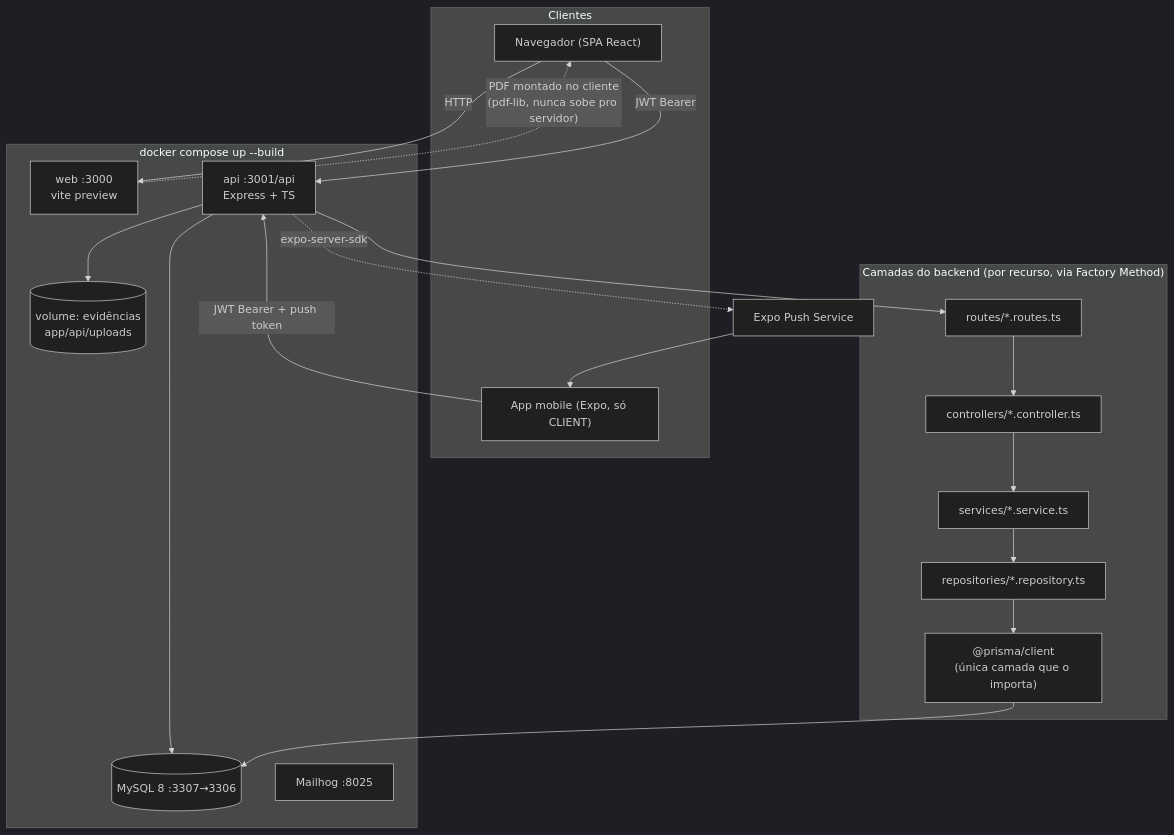
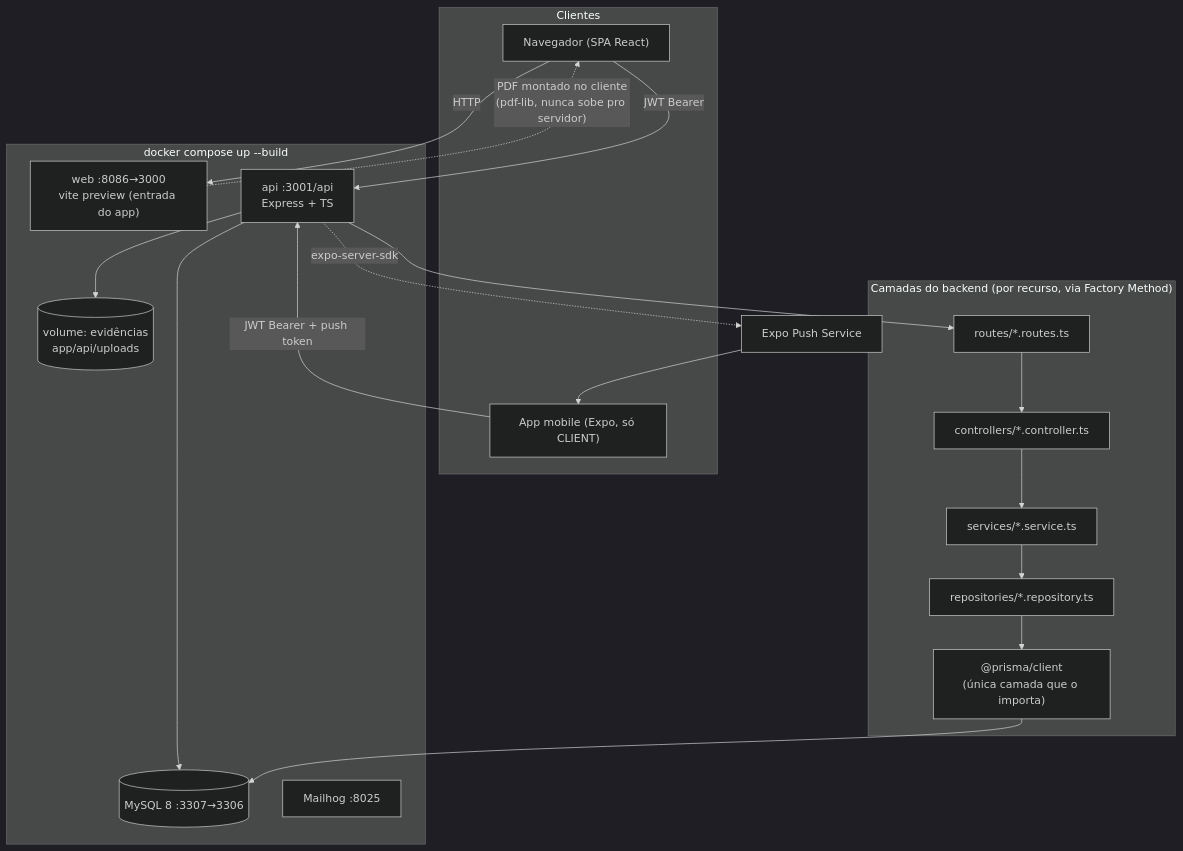
Before and after one commit to guimunizzz/Vulnera-TCC: the diagram in README.md, drawn with Mermaid (dark theme). The commit also changed other lines of this file and 52 other files, not shown here.

````diff
--- a/README.md
+++ b/README.md
@@ -98,35 +102,35 @@
 ```mermaid
 flowchart TB
     subgraph Clientes
         Browser["Navegador (SPA React)"]
         Mobile["App mobile (Expo, só CLIENT)"]
     end
 
     subgraph Docker["docker compose up --build"]
-        Web["web :3000\nvite preview"]
+        Web["web :8086→3000\nvite preview (entrada do app)"]
         Api["api :3001/api\nExpress + TS"]
         Db[("MySQL 8 :3307→3306")]
         Mail["Mailhog :8025"]
         Uploads[("volume: evidências\napp/api/uploads")]
     end
 
     Browser -->|HTTP| Web
     Browser -->|JWT Bearer| Api
     Mobile -->|JWT Bearer + push token| Api
     Web -.->|"PDF montado no cliente\n(pdf-lib, nunca sobe pro servidor)"| Browser
 
     Api --> Db
     Api --> Uploads
     Api -.->|expo-server-sdk| Push["Expo Push Service"]
     Push --> Mobile
 
     subgraph "Camadas do backend (por recurso, via Factory Method)"
         Routes["routes/*.routes.ts"] --> Controllers["controllers/*.controller.ts"]
         Controllers --> Services["services/*.service.ts"]
         Services --> Repositories["repositories/*.repository.ts"]
         Repositories --> Prisma["@prisma/client\n(única camada que o importa)"]
     end
 
     Api --> Routes
     Prisma --> Db
 ```
````
